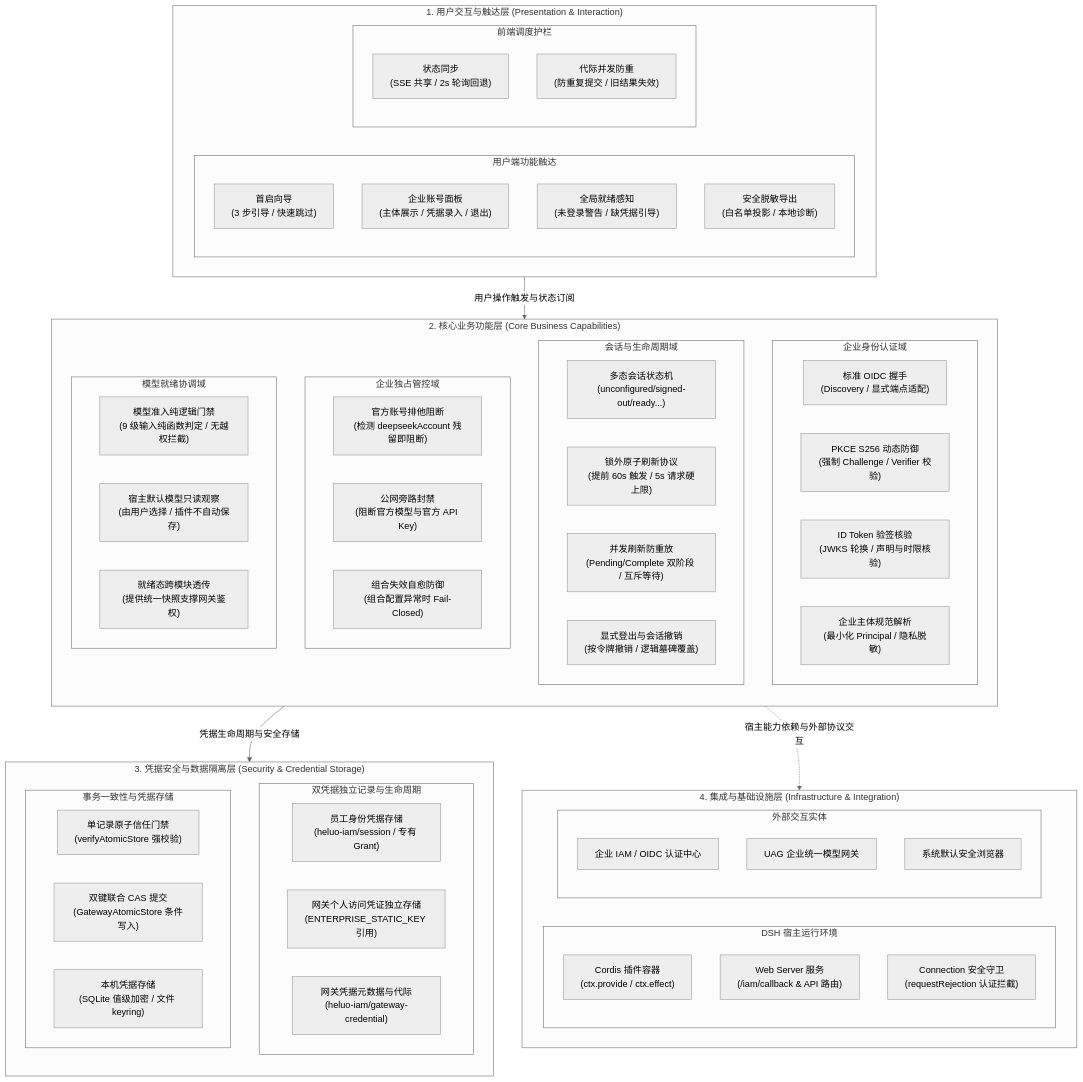
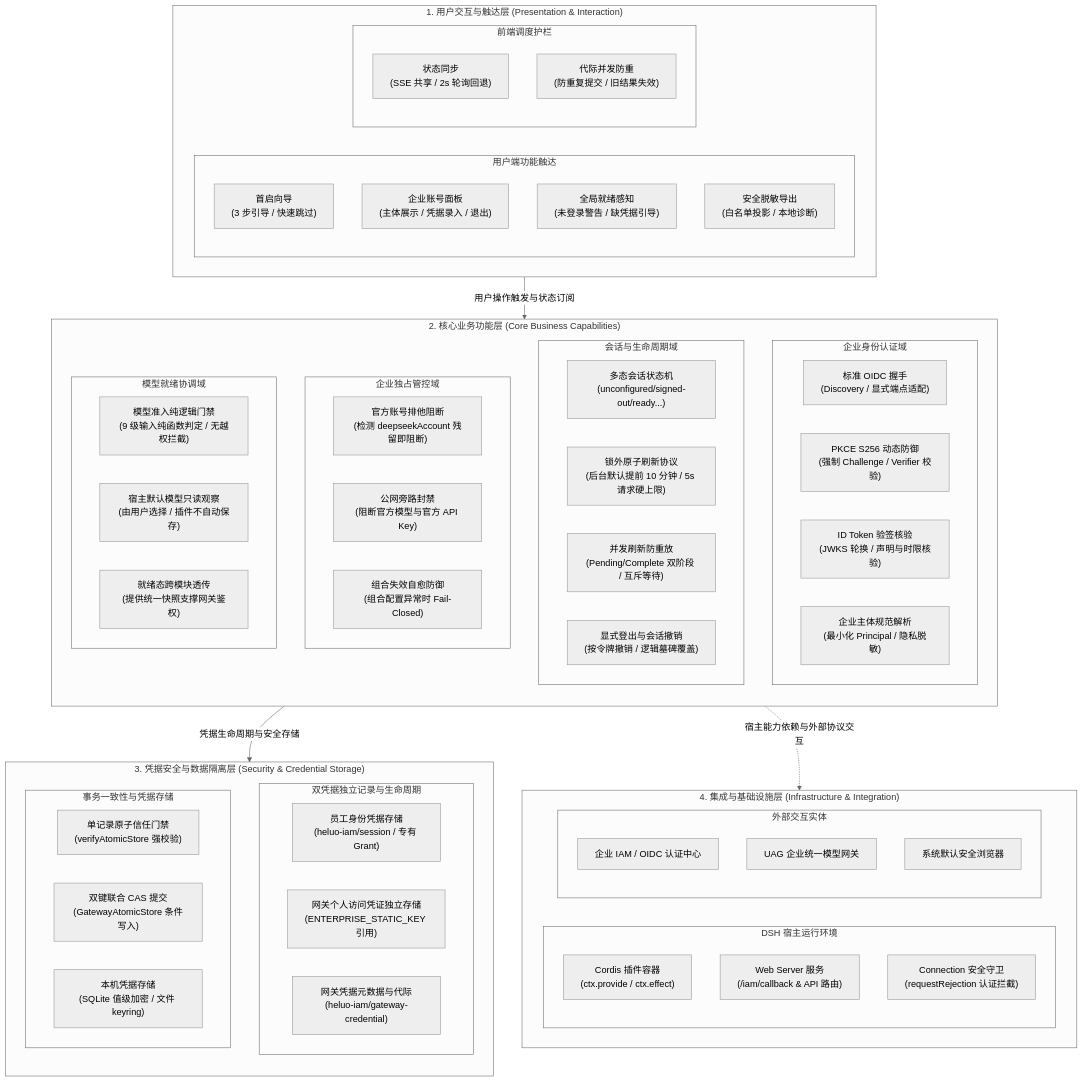
One commit to hrygo/heluo-forge changed the first of 6 diagrams in docs/design/plugins/forge-iam.md. Above: the diagram before and after it, drawn with Mermaid (neutral theme). The commit also changed other lines of this file and 9 other files, not shown here.

```diff
--- a/docs/design/plugins/forge-iam.md
+++ b/docs/design/plugins/forge-iam.md
@@ -144,7 +145,7 @@
     subgraph Domain_Session["会话与生命周期域"]
       direction LR
       F_FSM["多态会话状态机<br/>(unconfigured/signed-out/ready...)"]
-      F_Refresh["锁外原子刷新协议<br/>(提前 60s 触发 / 5s 请求硬上限)"]
+      F_Refresh["锁外原子刷新协议<br/>(后台默认提前 10 分钟 / 5s 请求硬上限)"]
       F_AntiReplay["并发刷新防重放<br/>(Pending/Complete 双阶段 / 互斥等待)"]
       F_SignOut["显式登出与会话撤销<br/>(按令牌撤销 / 逻辑墓碑覆盖)"]
     end
```
